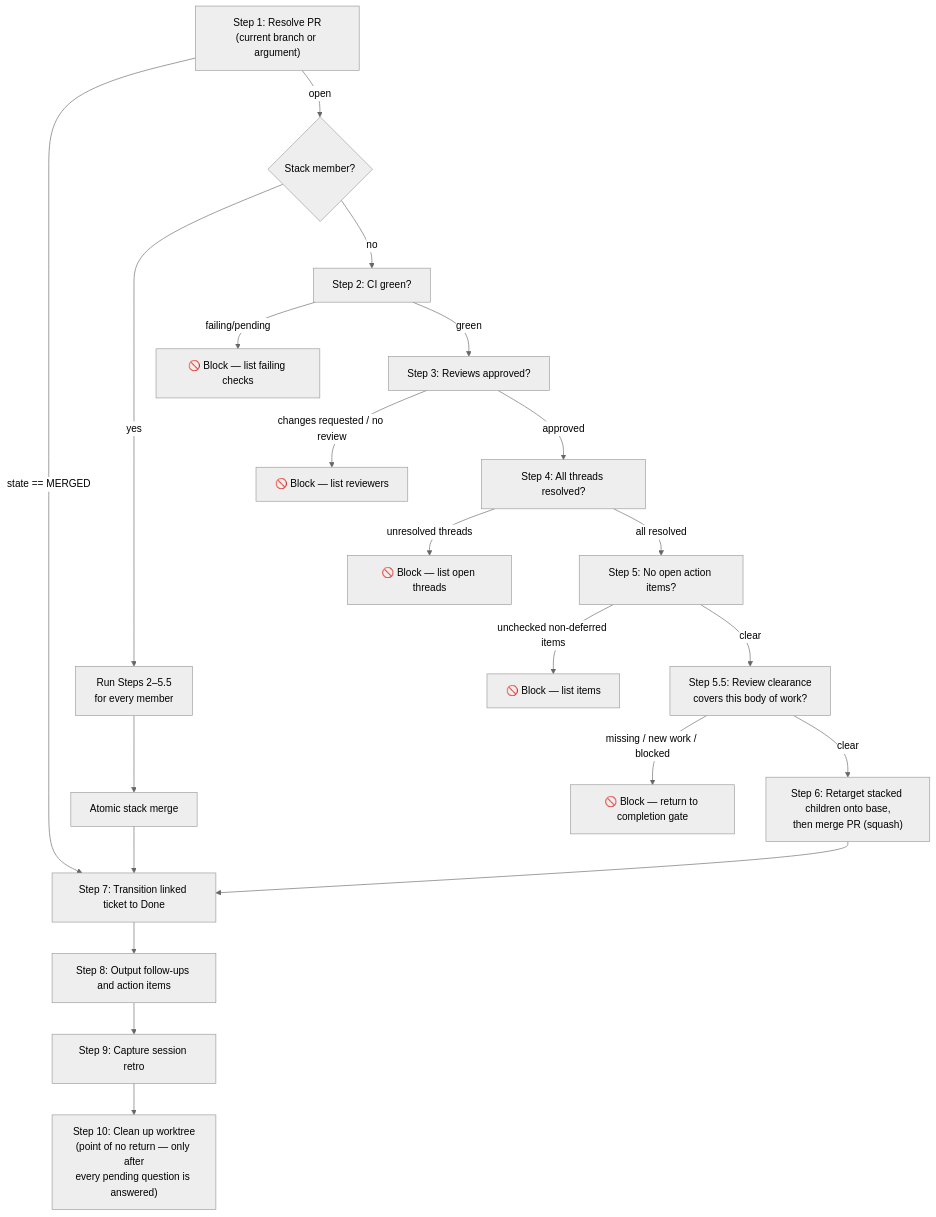
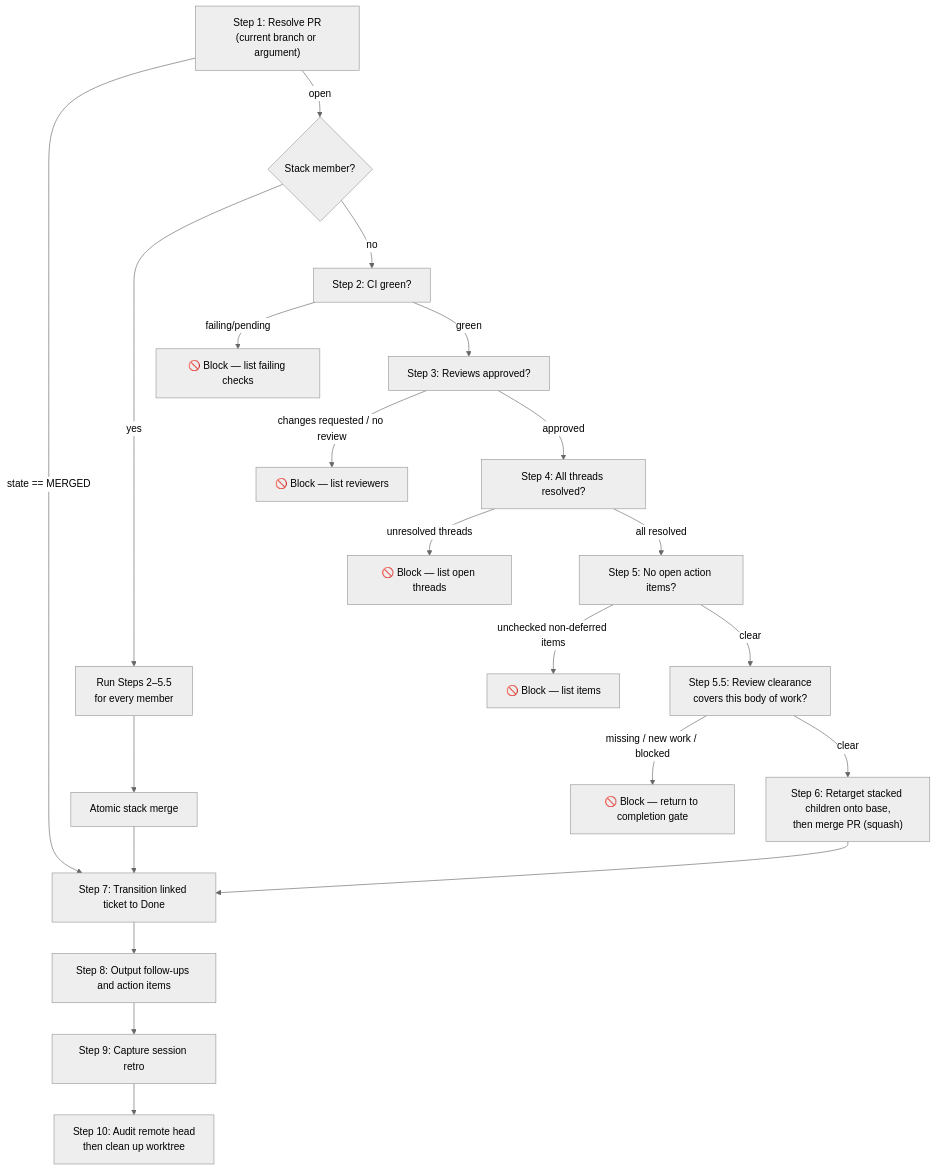
One commit to whizzzkid/skills changed the diagram in skills/pr-merge/README.md. Above: the diagram before and after it, drawn with Mermaid (neutral theme). The commit also changed other lines of this file and 8 other files, not shown here.

````diff
--- a/skills/pr-merge/README.md
+++ b/skills/pr-merge/README.md
@@ -19,23 +19,23 @@
 ```mermaid
 flowchart TD
     A["Step 1: Resolve PR<br/>(current branch or argument)"] -->|state == MERGED| G
     A -->|open| S{"Stack member?"}
     S -->|yes| SG["Run Steps 2–5.5<br/>for every member"]
     SG --> SM["Atomic stack merge"]
     SM --> G
     S -->|no| B["Step 2: CI green?"]
     B -->|failing/pending| BLOCK1["🚫 Block — list failing checks"]
     B -->|green| C["Step 3: Reviews approved?"]
     C -->|changes requested / no review| BLOCK2["🚫 Block — list reviewers"]
     C -->|approved| D["Step 4: All threads resolved?"]
     D -->|unresolved threads| BLOCK3["🚫 Block — list open threads"]
     D -->|all resolved| E["Step 5: No open action items?"]
     E -->|unchecked non-deferred items| BLOCK4["🚫 Block — list items"]
     E -->|clear| E2["Step 5.5: Review clearance<br/>covers this body of work?"]
     E2 -->|missing / new work / blocked| BLOCK5["🚫 Block — return to completion gate"]
     E2 -->|clear| F["Step 6: Retarget stacked children onto base,<br/>then merge PR (squash)"]
     F --> G["Step 7: Transition linked ticket to Done"]
     G --> H["Step 8: Output follow-ups and action items"]
     H --> I["Step 9: Capture session retro"]
-    I --> J["Step 10: Clean up worktree<br/>(point of no return — only after<br/>every pending question is answered)"]
+    I --> J["Step 10: Audit remote head<br/>then clean up worktree"]
 ```
````
